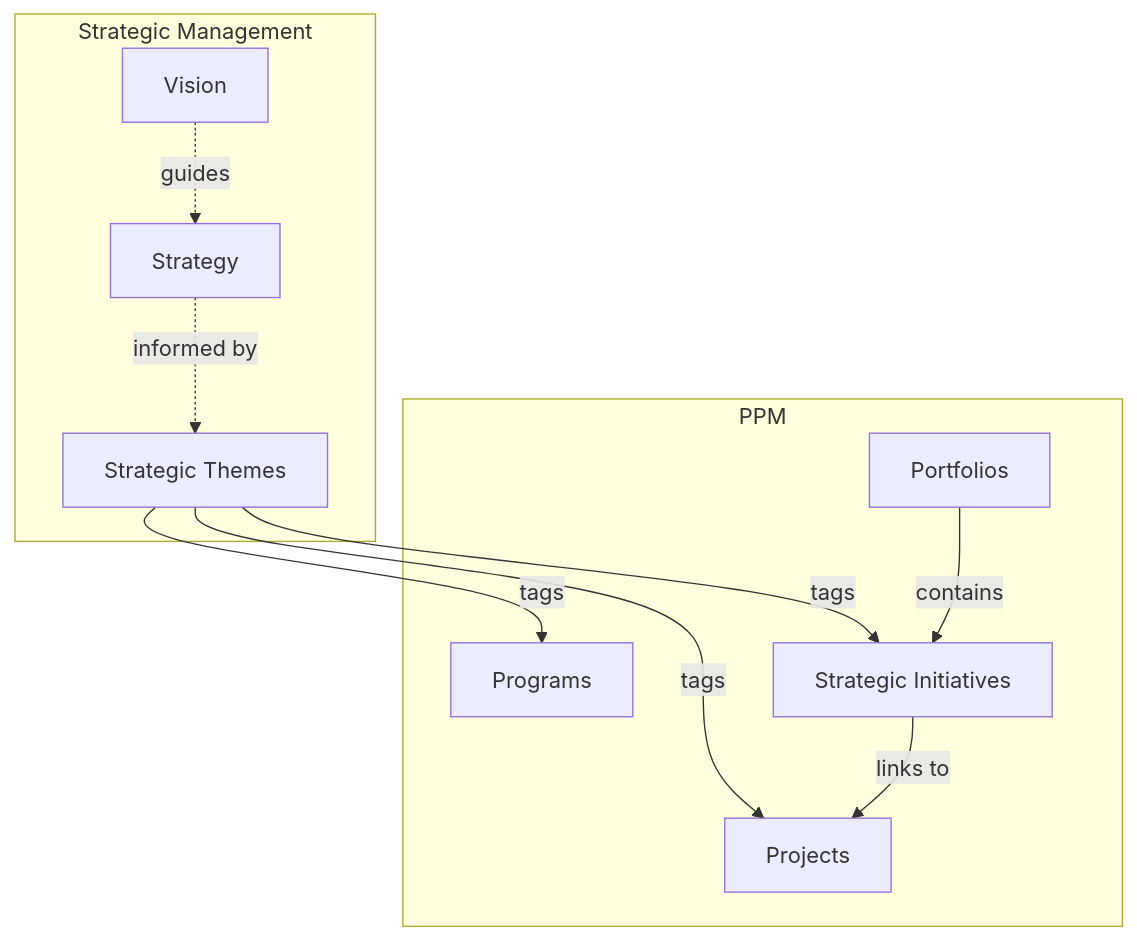
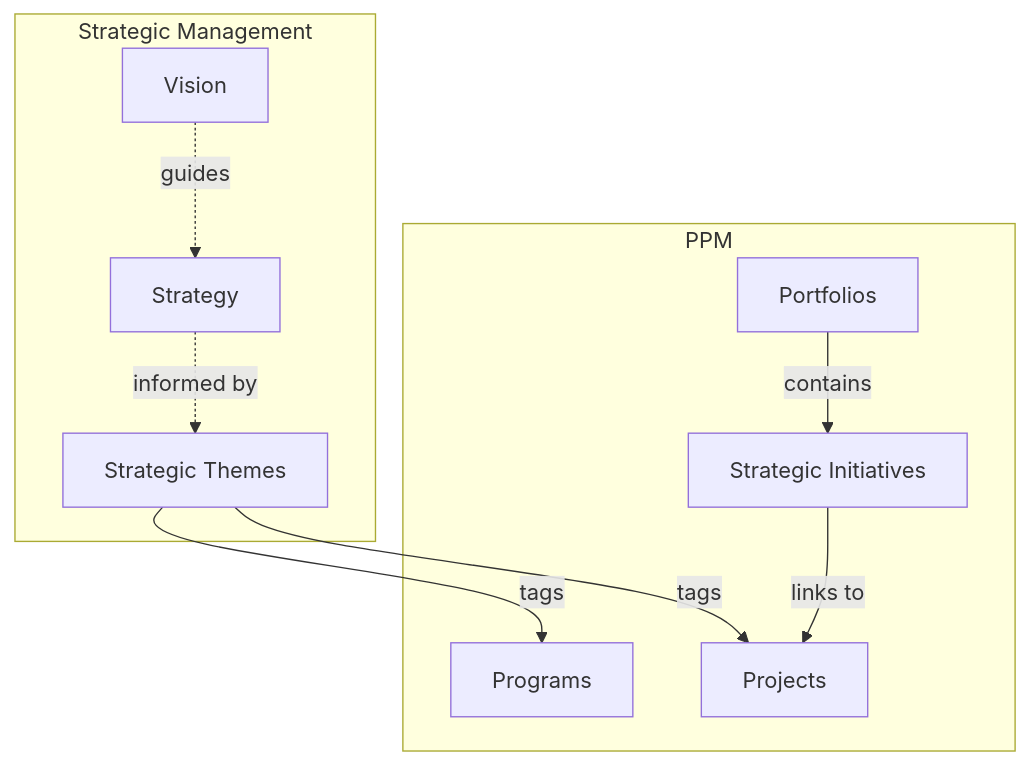
The first of 3 diagrams in docs/user-guide/strategic-management/index.mdx (destacey/Wayd), drawn with Mermaid before and after one commit. The commit also changed other lines of this file and 78 other files, not shown here.

````diff
--- a/docs/user-guide/strategic-management/index.mdx
+++ b/docs/user-guide/strategic-management/index.mdx
@@ -16,22 +16,21 @@
 ```mermaid
 graph TD
     subgraph "Strategic Management"
         Vision["Vision"]
         Strategy["Strategy"]
         ST["Strategic Themes"]
     end
     subgraph "PPM"
         PF["Portfolios"]
         Prog["Programs"]
         Proj["Projects"]
         SI["Strategic Initiatives"]
     end
 
     Vision -.->|guides| Strategy
     Strategy -.->|informed by| ST
     ST -->|tags| Proj
     ST -->|tags| Prog
-    ST -->|tags| SI
     PF -->|contains| SI
     SI -->|links to| Proj
 ```
````
